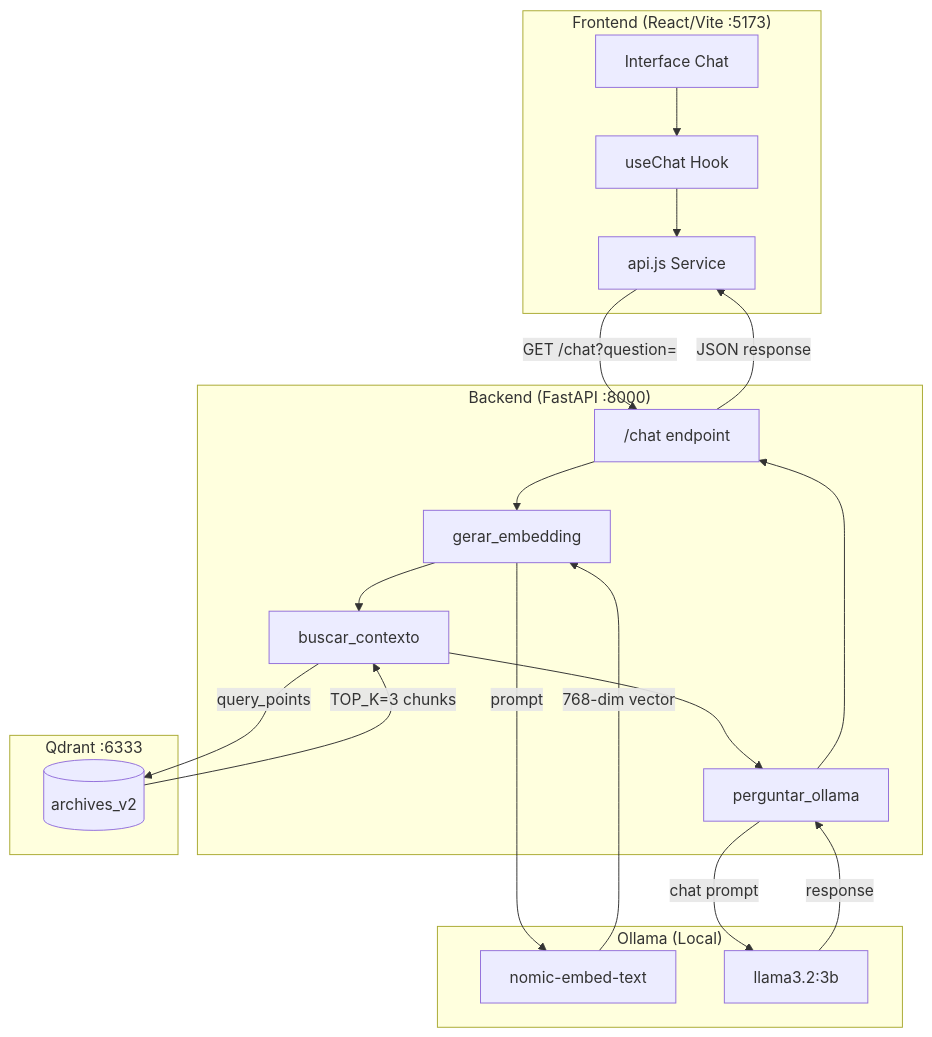
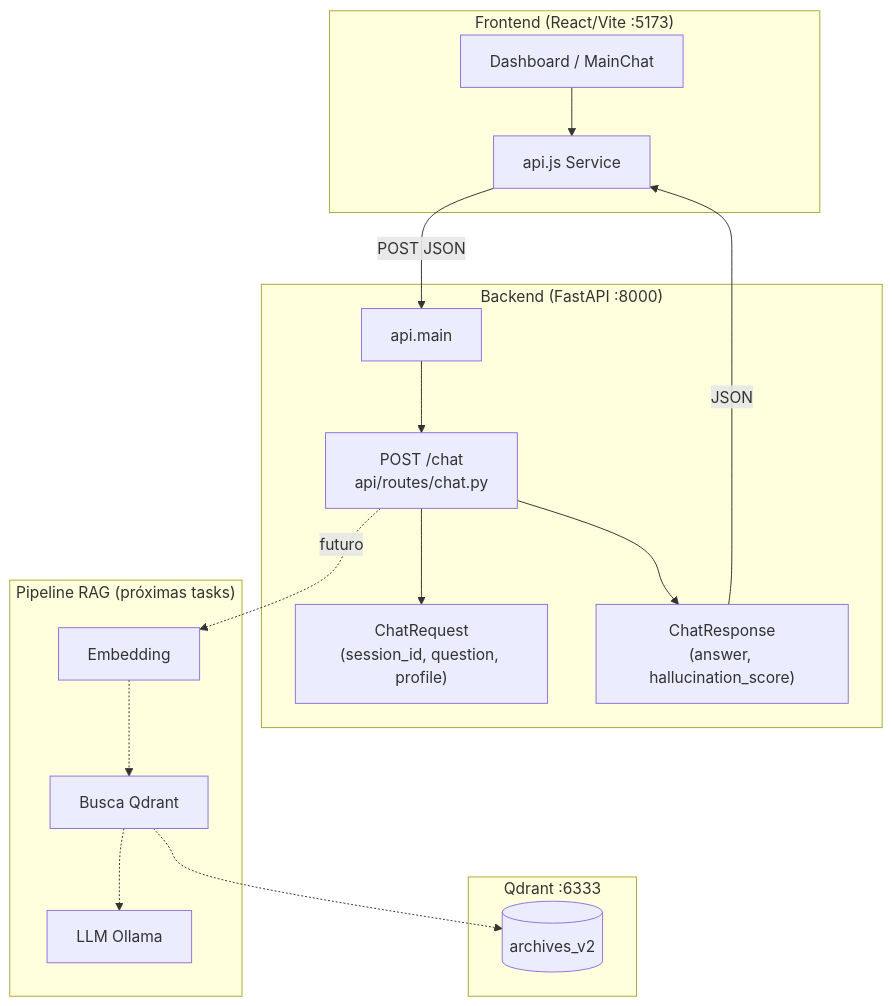
The first of 6 diagrams in ARCHITECTURE.md (LukeSantossz/sb100_agents), drawn with Mermaid before and after one commit. The commit also changed other lines of this file and 2 other files, not shown here.

Commit message:
docs: align README and architecture with POST /chat and api layout

````diff
--- a/ARCHITECTURE.md
+++ b/ARCHITECTURE.md
@@ -7,40 +7,36 @@
 ```mermaid
 flowchart TD
     subgraph Frontend ["Frontend (React/Vite :5173)"]
-        UI[Interface Chat]
-        HOOK[useChat Hook]
+        UI[Dashboard / MainChat]
         API_SVC[api.js Service]
     end
 
     subgraph Backend ["Backend (FastAPI :8000)"]
-        CHAT["/chat endpoint"]
-        EMB[gerar_embedding]
-        CTX[buscar_contexto]
-        LLM[perguntar_ollama]
+        MAIN[api.main]
+        CHAT["POST /chat\napi/routes/chat.py"]
+        REQ["ChatRequest\n(session_id, question, profile)"]
+        RES["ChatResponse\n(answer, hallucination_score)"]
+    end
+
+    subgraph Future ["Pipeline RAG (próximas tasks)"]
+        EMB[Embedding]
+        CTX[Busca Qdrant]
+        LLM[LLM Ollama]
     end
 
     subgraph Qdrant ["Qdrant :6333"]
         COLL[(archives_v2)]
     end
 
-    subgraph Ollama ["Ollama (Local)"]
-        NOMIC[nomic-embed-text]
-        LLAMA[llama3.2:3b]
-    end
+    UI --> API_SVC
+    API_SVC -->|POST JSON| MAIN
+    MAIN --> CHAT
+    CHAT --> REQ
+    CHAT --> RES
+    RES -->|JSON| API_SVC
 
-    UI --> HOOK
-    HOOK --> API_SVC
-    API_SVC -->|GET /chat?question=| CHAT
-
-    CHAT --> EMB
-    EMB -->|prompt| NOMIC
-    NOMIC -->|768-dim vector| EMB
-    EMB --> CTX
-    CTX -->|query_points| COLL
-    COLL -->|TOP_K=3 chunks| CTX
-    CTX --> LLM
-    LLM -->|chat prompt| LLAMA
-    LLAMA -->|response| LLM
-    LLM --> CHAT
-    CHAT -->|JSON response| API_SVC
+    CHAT -.->|futuro| EMB
+    EMB -.-> CTX
+    CTX -.-> COLL
+    CTX -.-> LLM
 ```
````
